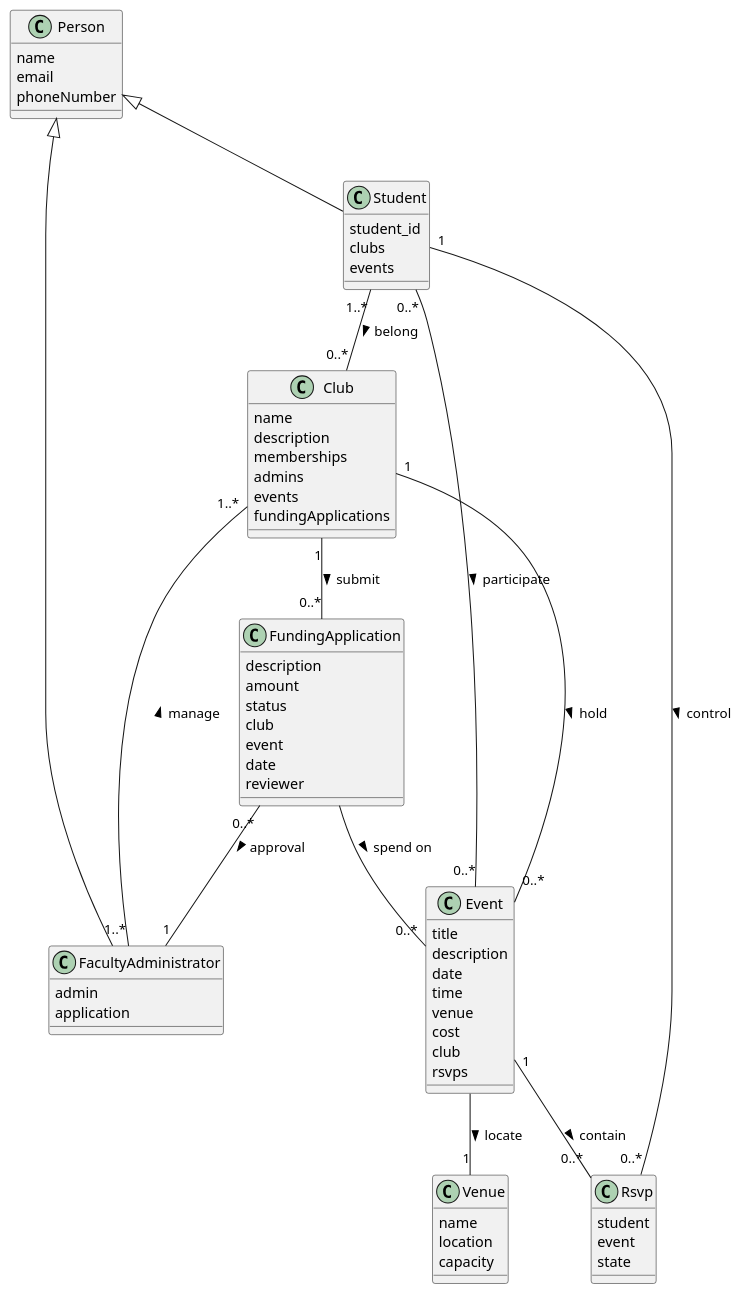
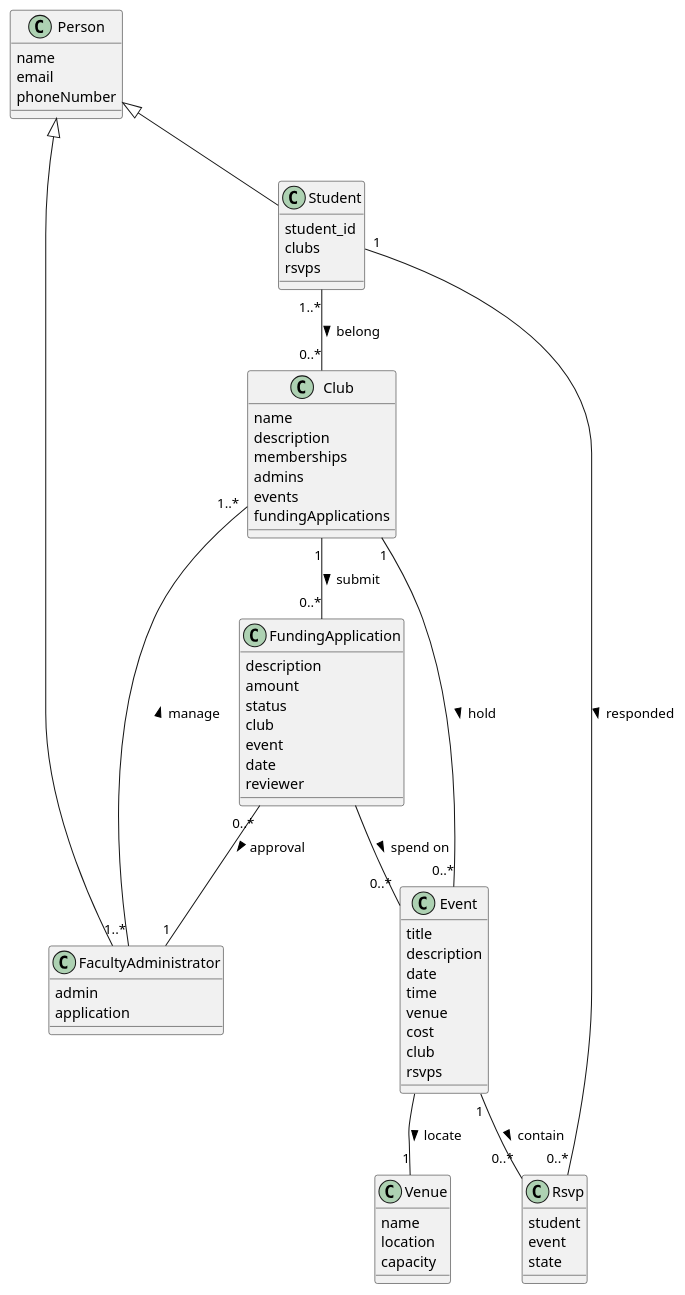
Before and after one commit to lvyl9909/ClubManagementSystem: the diagram in docs/part1/domain_model.puml, drawn with PlantUML.

Commit message:
update domain model

```diff
--- a/docs/part1/domain_model.puml
+++ b/docs/part1/domain_model.puml
@@ -1,72 +1,71 @@
 @startuml 123
 class Person{
     name
     email
     phoneNumber
 }
 
 class Student{
     student_id
     clubs
-    events
+    rsvps
 }
 
 class FacultyAdministrator{
     admin
     application
 }
 
 class Club{
     name
     description
     memberships
     admins
     events
     fundingApplications
 }
 
 class Venue{
     name
     location
     capacity
 }
 
 class Event{
     title
     description
     date
     time
     venue
     cost
     club
     rsvps
 }
 
 class FundingApplication{
     description
     amount
     status
     club
     event
     date
     reviewer
 }
 
 class Rsvp{
     student
     event
     state
 }
 Person <|-- Student
 Person <|-- FacultyAdministrator
 Student "1..*" -- "0..*" Club : belong >
 FundingApplication "0..*"--"1" FacultyAdministrator: approval >
 Club "1" -- "0..*" Event : hold >
 Event  -- "1" Venue : locate >
-Student "1" -- "0..*" Rsvp : control >
+Student "1" -- "0..*" Rsvp : responded >
 Event "1" -- "0..*" Rsvp : contain >
 Club "1"--"0..*" FundingApplication : submit >
-Student "0..*"--"0..*" Event: participate >
 FundingApplication  -- "0..*" Event : spend on >
 FacultyAdministrator "1..*" -- "1..*" Club : manage >
 @enduml
```
